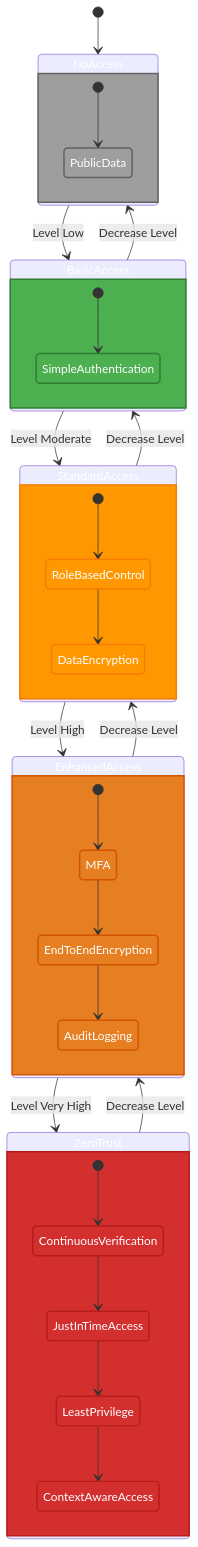
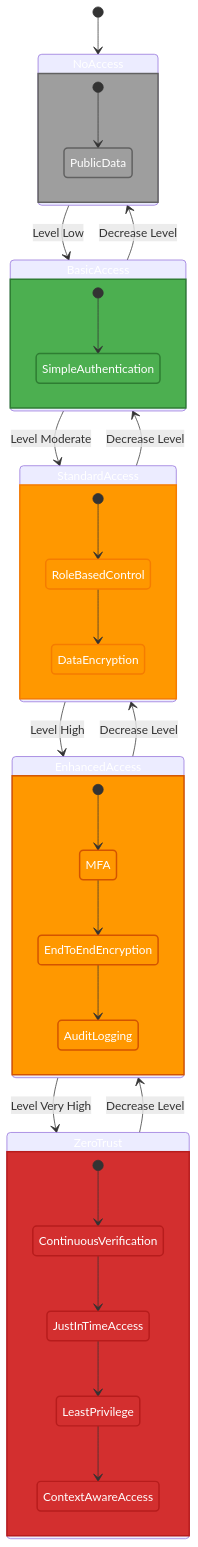
One commit to Hack23/cia-compliance-manager changed the seventh of 11 diagrams in docs/architecture/STATEDIAGRAM.md. Above: the diagram before and after it, drawn with Mermaid. The commit also changed other lines of this file and 18 other files, not shown here.

````diff
--- a/docs/architecture/STATEDIAGRAM.md
+++ b/docs/architecture/STATEDIAGRAM.md
@@ -654,52 +654,52 @@
 ```mermaid
 stateDiagram-v2
     [*] --> NoAccess
     
     NoAccess --> BasicAccess: Level Low
     BasicAccess --> StandardAccess: Level Moderate
     StandardAccess --> EnhancedAccess: Level High
     EnhancedAccess --> ZeroTrust: Level Very High
     
     ZeroTrust --> EnhancedAccess: Decrease Level
     EnhancedAccess --> StandardAccess: Decrease Level
     StandardAccess --> BasicAccess: Decrease Level
     BasicAccess --> NoAccess: Decrease Level
     
     state NoAccess {
         [*] --> PublicData
     }
     
     state BasicAccess {
         [*] --> SimpleAuthentication
     }
     
     state StandardAccess {
         [*] --> RoleBasedControl
         RoleBasedControl --> DataEncryption
     }
     
     state EnhancedAccess {
         [*] --> MFA
         MFA --> EndToEndEncryption
         EndToEndEncryption --> AuditLogging
     }
     
     state ZeroTrust {
         [*] --> ContinuousVerification
         ContinuousVerification --> JustInTimeAccess
         JustInTimeAccess --> LeastPrivilege
         LeastPrivilege --> ContextAwareAccess
     }
     
     classDef none fill:#9E9E9E,stroke:#616161,stroke-width:2px,color:#ffffff
     classDef low fill:#4CAF50,stroke:#2E7D32,stroke-width:2px,color:#ffffff
     classDef moderate fill:#FF9800,stroke:#F57C00,stroke-width:2px,color:#ffffff
-    classDef high fill:#e67e22,stroke:#d35400,stroke-width:2px,color:white
+    classDef high fill:#FF9800,stroke:#F57C00,stroke-width:2px,color:#ffffff,stroke:#d35400,stroke-width:2px,color:white
     classDef veryhigh fill:#D32F2F,stroke:#B71C1C,stroke-width:2px,color:#ffffff
     
     class NoAccess,PublicData none
     class BasicAccess,SimpleAuthentication low
     class StandardAccess,RoleBasedControl,DataEncryption moderate
     class EnhancedAccess,MFA,EndToEndEncryption,AuditLogging high
     class ZeroTrust,ContinuousVerification,JustInTimeAccess,LeastPrivilege,ContextAwareAccess veryhigh
 ```
````
